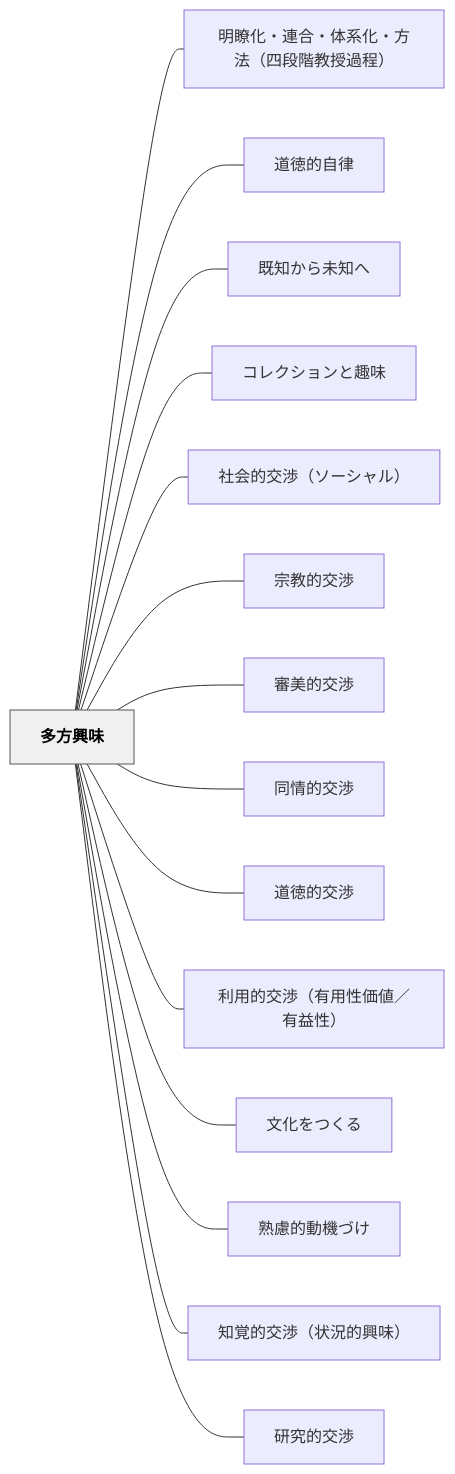
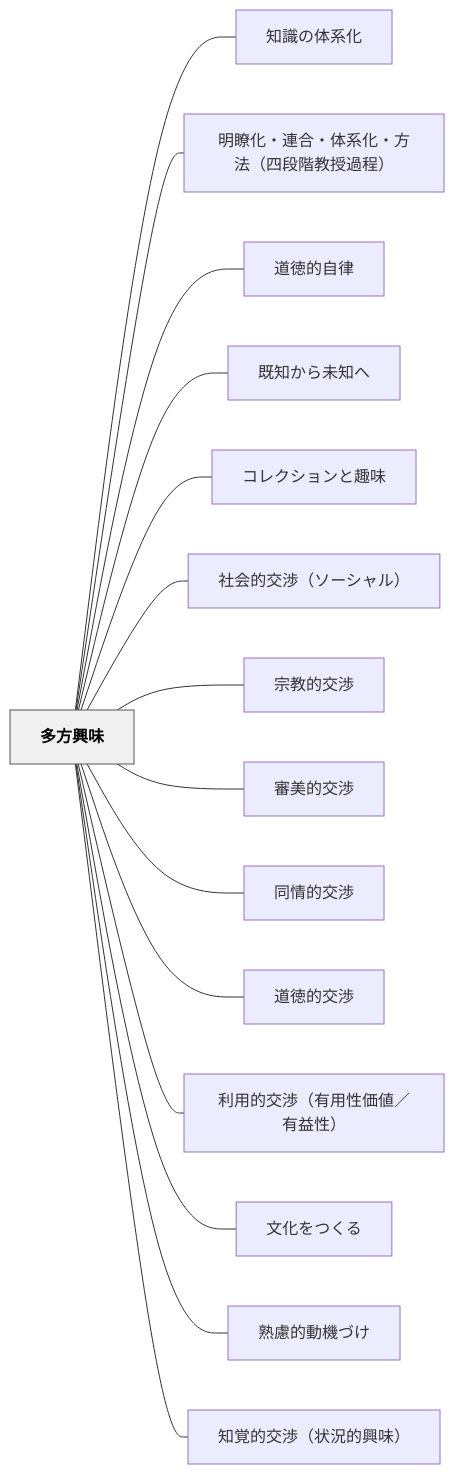
The diagram in content/パタン/多方興味.md (unknownthings-ed-patterns/unknownthings-ed-patterns), drawn with Mermaid before and after one commit. The commit also changed other lines of this file and 185 other files, not shown here.

````diff
--- a/content/パタン/多方興味.md
+++ b/content/パタン/多方興味.md
@@ -198,36 +199,36 @@
 ```mermaid
 flowchart LR
     ne5a49ae696b9e88888e591b3["多方興味"]
+    ne79fa5e8ad98e381aee4bd93e7b3bbe58c96["知識の体系化"]
     ne6988ee79eade58c96e383bbe980a3e59088e383bbe4bd93e7b3bbe58c96e383bbe696b9e6b395efbc88e59b9be6aeb5e99a8ee69599e68e88e9818ee7a88befbc89["明瞭化・連合・体系化・方法（四段階教授過程）"]
     ne98193e5beb3e79a84e887aae5be8b["道徳的自律"]
     ne697a2e79fa5e3818be38289e69caae79fa5e381b8["既知から未知へ"]
     ne382b3e383ace382afe382b7e383a7e383b3e381a8e8b6a3e591b3["コレクションと趣味"]
     ne7a4bee4bc9ae79a84e4baa4e6b889efbc88e382bde383bce382b7e383a3e383abefbc89["社会的交渉（ソーシャル）"]
     ne5ae97e69599e79a84e4baa4e6b889["宗教的交渉"]
     ne5afa9e7be8ee79a84e4baa4e6b889["審美的交渉"]
     ne5908ce68385e79a84e4baa4e6b889["同情的交渉"]
     ne98193e5beb3e79a84e4baa4e6b889["道徳的交渉"]
     ne588a9e794a8e79a84e4baa4e6b889efbc88e69c89e794a8e680a7e4bea1e580a4efbc8fe69c89e79b8ae680a7efbc89["利用的交渉（有用性価値／有益性）"]
     ne69687e58c96e38292e381a4e3818fe3828b["文化をつくる"]
     ne7869fe685aee79a84e58b95e6a99fe381a5e38191["熟慮的動機づけ"]
     ne79fa5e8a69ae79a84e4baa4e6b889efbc88e78ab6e6b381e79a84e88888e591b3efbc89["知覚的交渉（状況的興味）"]
-    ne7a094e7a9b6e79a84e4baa4e6b889["研究的交渉"]
 
+    ne5a49ae696b9e88888e591b3 --- ne79fa5e8ad98e381aee4bd93e7b3bbe58c96
     ne5a49ae696b9e88888e591b3 --- ne6988ee79eade58c96e383bbe980a3e59088e383bbe4bd93e7b3bbe58c96e383bbe696b9e6b395efbc88e59b9be6aeb5e99a8ee69599e68e88e9818ee7a88befbc89
     ne5a49ae696b9e88888e591b3 --- ne98193e5beb3e79a84e887aae5be8b
     ne5a49ae696b9e88888e591b3 --- ne697a2e79fa5e3818be38289e69caae79fa5e381b8
     ne5a49ae696b9e88888e591b3 --- ne382b3e383ace382afe382b7e383a7e383b3e381a8e8b6a3e591b3
     ne5a49ae696b9e88888e591b3 --- ne7a4bee4bc9ae79a84e4baa4e6b889efbc88e382bde383bce382b7e383a3e383abefbc89
     ne5a49ae696b9e88888e591b3 --- ne5ae97e69599e79a84e4baa4e6b889
     ne5a49ae696b9e88888e591b3 --- ne5afa9e7be8ee79a84e4baa4e6b889
     ne5a49ae696b9e88888e591b3 --- ne5908ce68385e79a84e4baa4e6b889
     ne5a49ae696b9e88888e591b3 --- ne98193e5beb3e79a84e4baa4e6b889
     ne5a49ae696b9e88888e591b3 --- ne588a9e794a8e79a84e4baa4e6b889efbc88e69c89e794a8e680a7e4bea1e580a4efbc8fe69c89e79b8ae680a7efbc89
     ne5a49ae696b9e88888e591b3 --- ne69687e58c96e38292e381a4e3818fe3828b
     ne5a49ae696b9e88888e591b3 --- ne7869fe685aee79a84e58b95e6a99fe381a5e38191
     ne5a49ae696b9e88888e591b3 --- ne79fa5e8a69ae79a84e4baa4e6b889efbc88e78ab6e6b381e79a84e88888e591b3efbc89
-    ne5a49ae696b9e88888e591b3 --- ne7a094e7a9b6e79a84e4baa4e6b889
 
     classDef hub fill:#f0f0f0,stroke:#555,color:#000,font-weight:bold
     class ne5a49ae696b9e88888e591b3 hub
 ```
````
